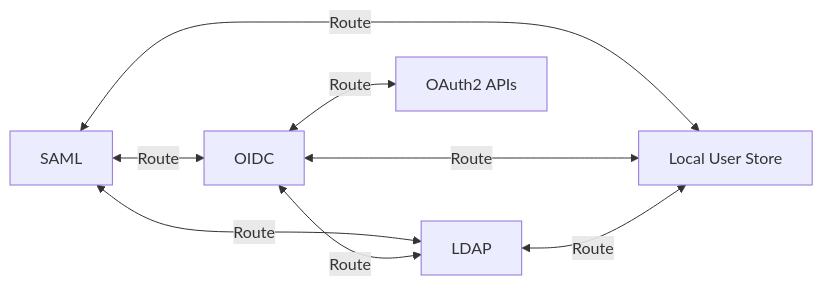
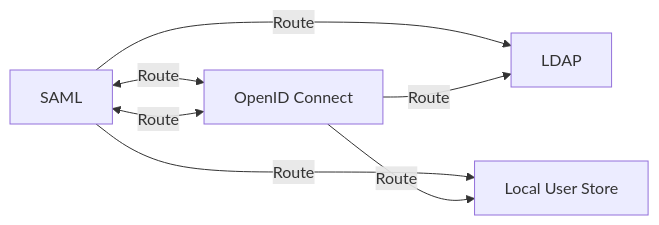
One commit to Shyntr/shyntr changed the second of 6 diagrams in README.md. Above: the diagram before and after it, drawn with Mermaid. The commit also changed other lines of this file, not shown here.

````diff
--- a/README.md
+++ b/README.md
@@ -83,16 +83,14 @@
 ```mermaid
 flowchart LR
     SAML[SAML]
-    OIDC[OIDC]
+    OIDC[OpenID Connect]
     LDAP[LDAP]
     LOCAL[Local User Store]
-    OAUTH[OAuth2 APIs]
 
     SAML <-->|Route| OIDC
-    SAML <-->|Route| LDAP
-    SAML <-->|Route| LOCAL
-    OIDC <-->|Route| LDAP
-    OIDC <-->|Route| LOCAL
-    OIDC <-->|Route| OAUTH
-    LDAP <-->|Route| LOCAL
+    OIDC <-->|Route| SAML
+    SAML -->|Route| LDAP
+    SAML -->|Route| LOCAL
+    OIDC -->|Route| LDAP
+    OIDC -->|Route| LOCAL
 ```
````
